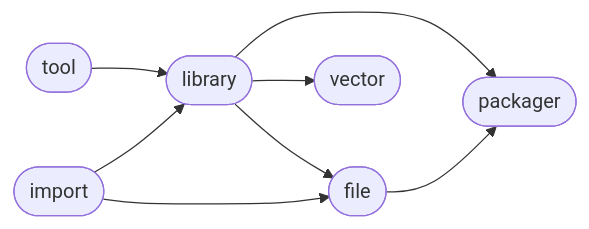
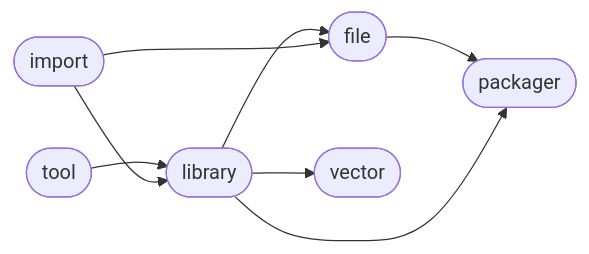
The diagram in README.md (Mandera/Mandera), drawn with Mermaid before and after one commit. The commit also changed other lines of this file, not shown here.

````diff
--- a/README.md
+++ b/README.md
@@ -6,16 +6,16 @@
 ```mermaid
 flowchart LR
-2([library]) --> 4([vector])
+3([file]) --> 5([packager])
+2([library]) --> 3([file])
 1([tool]) --> 2([library])
 2([library]) --> 5([packager])
+2([library]) --> 4([vector])
 0([import]) --> 2([library])
-3([file]) --> 5([packager])
-2([library]) --> 3([file])
 0([import]) --> 3([file])
 click 0 "https://github.com/ManderaGeneral/generalimport"
 click 1 "https://github.com/ManderaGeneral/generaltool"
 click 2 "https://github.com/ManderaGeneral/generallibrary"
 click 3 "https://github.com/ManderaGeneral/generalfile"
 click 4 "https://github.com/ManderaGeneral/generalvector"
 click 5 "https://github.com/ManderaGeneral/generalpackager"
 ```
````
